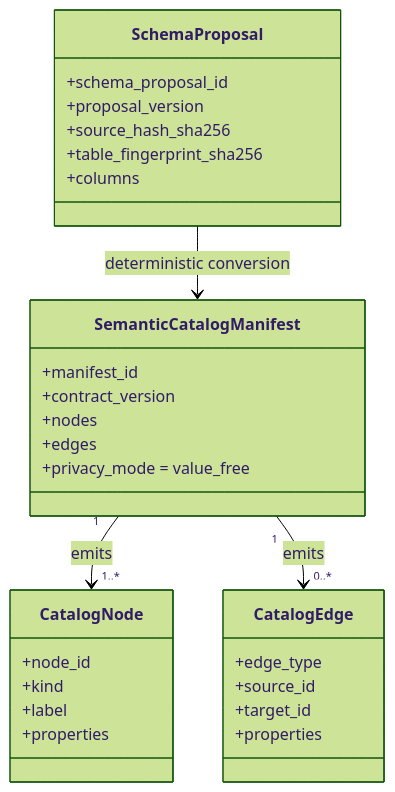
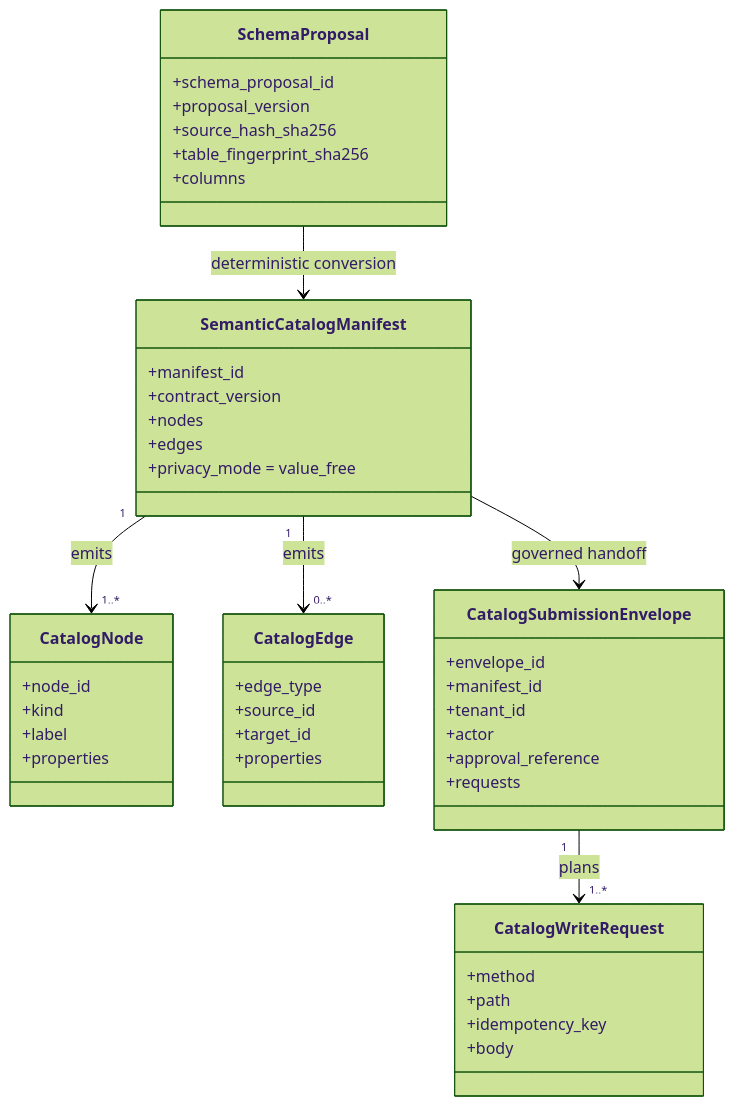
One commit to ContextualWisdomLab/mhtml-etl-gateway changed the second of 4 diagrams in docs/ERD.md. Above: the diagram before and after it, drawn with Mermaid (forest theme). The commit also changed other lines of this file and 25 other files, not shown here.

Commit message:
feat: add governed semantic catalog handoff

````diff
--- a/docs/ERD.md
+++ b/docs/ERD.md
@@ -53,33 +53,49 @@
 ```mermaid
 classDiagram
     class SchemaProposal {
       +schema_proposal_id
       +proposal_version
       +source_hash_sha256
       +table_fingerprint_sha256
       +columns
     }
     class SemanticCatalogManifest {
       +manifest_id
       +contract_version
       +nodes
       +edges
       +privacy_mode = value_free
     }
     class CatalogNode {
       +node_id
       +kind
       +label
       +properties
     }
     class CatalogEdge {
       +edge_type
       +source_id
       +target_id
       +properties
     }
+    class CatalogSubmissionEnvelope {
+      +envelope_id
+      +manifest_id
+      +tenant_id
+      +actor
+      +approval_reference
+      +requests
+    }
+    class CatalogWriteRequest {
+      +method
+      +path
+      +idempotency_key
+      +body
+    }
 
     SchemaProposal --> SemanticCatalogManifest : deterministic conversion
     SemanticCatalogManifest "1" --> "1..*" CatalogNode : emits
     SemanticCatalogManifest "1" --> "0..*" CatalogEdge : emits
+    SemanticCatalogManifest --> CatalogSubmissionEnvelope : governed handoff
+    CatalogSubmissionEnvelope "1" --> "1..*" CatalogWriteRequest : plans
 ```
````
